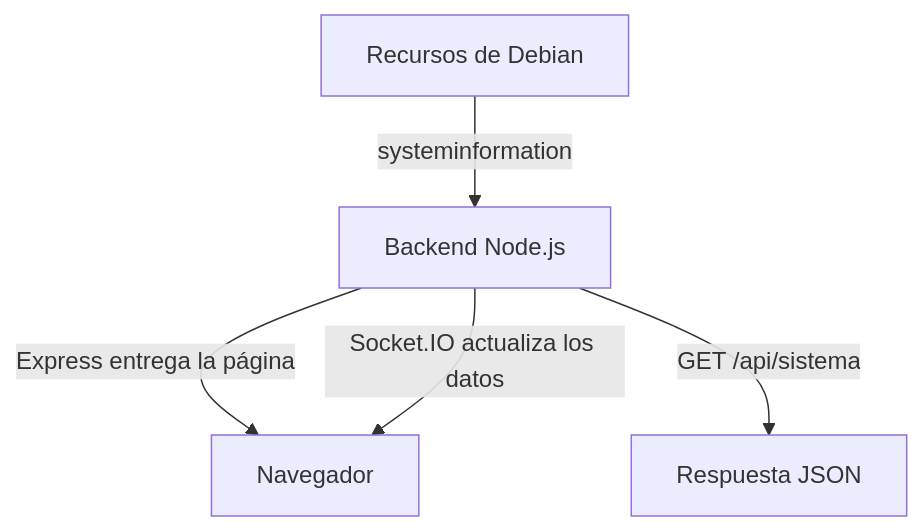
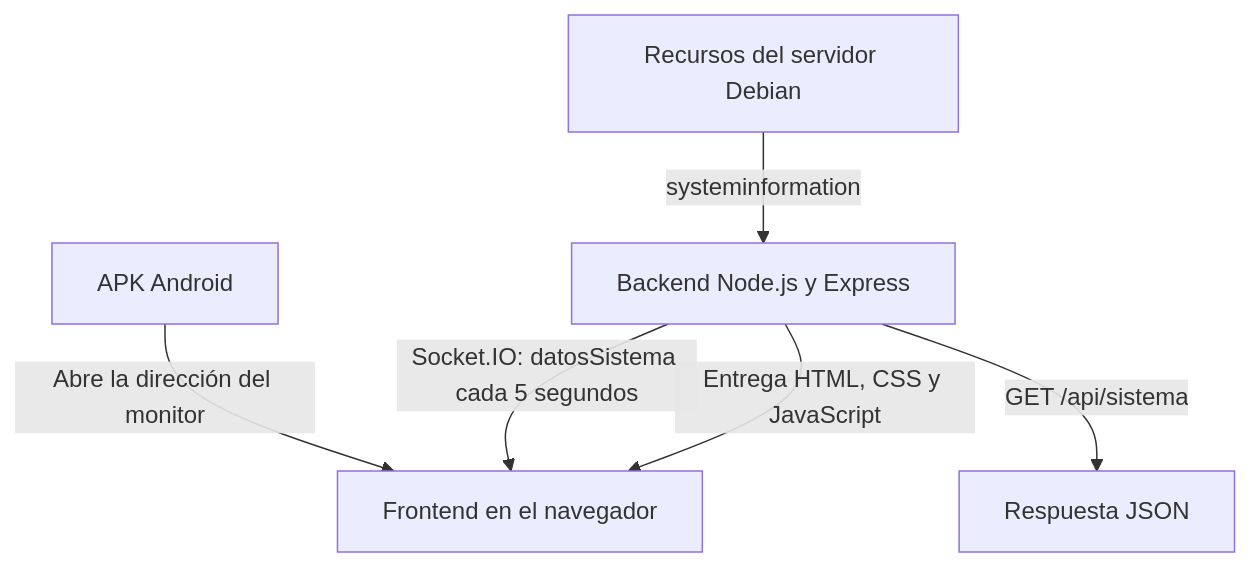
The diagram in README.md (casemmateo/TP-FINAL-INTEGRADOR), drawn with Mermaid before and after one commit. The commit also changed other lines of this file and 2 other files, not shown here.

Commit message:
Finaliza proyecto Monitor de Sistema y documentacion

````diff
--- a/README.md
+++ b/README.md
@@ -51,7 +66,8 @@
 ```mermaid
 flowchart TD
-    A["Recursos de Debian"] -->|"systeminformation"| B["Backend Node.js"]
-    B -->|"Express entrega la página"| C["Navegador"]
-    B -->|"Socket.IO actualiza los datos"| C
+    A["Recursos del servidor Debian"] -->|"systeminformation"| B["Backend Node.js y Express"]
+    B -->|"Entrega HTML, CSS y JavaScript"| C["Frontend en el navegador"]
+    B -->|"Socket.IO: datosSistema cada 5 segundos"| C
     B -->|"GET /api/sistema"| D["Respuesta JSON"]
+    E["APK Android"] -->|"Abre la dirección del monitor"| C
 ```
````
